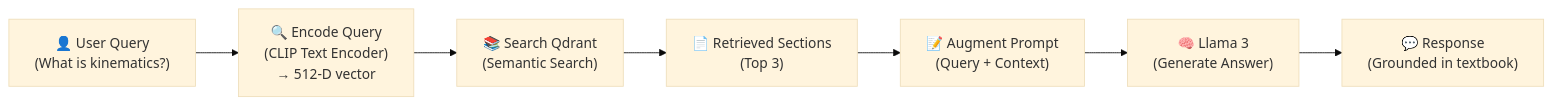
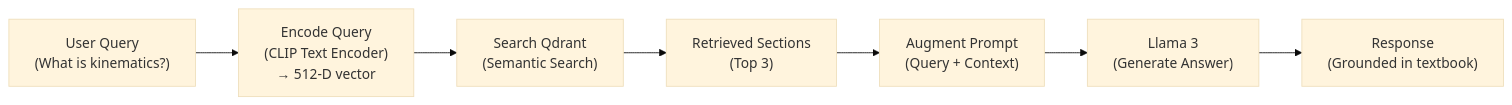
One commit to Danishhshahid/Physical-AI-Humanoid-Robotics-Book changed the diagram in docs/appendices/appendix-a.mdx. Above: the diagram before and after it, drawn with Mermaid (base theme). The commit also changed other lines of this file and 45 other files, not shown here.

````diff
--- a/docs/appendices/appendix-a.mdx
+++ b/docs/appendices/appendix-a.mdx
@@ -24,17 +24,17 @@
 ```mermaid
 graph LR
-    User["👤 User Query<br/>(What is kinematics?)"]
-    Encode["🔍 Encode Query<br/>(CLIP Text Encoder)<br/>→ 512-D vector"]
-    Search["📚 Search Qdrant<br/>(Semantic Search)"]
-    Retrieve["📄 Retrieved Sections<br/>(Top 3)"]
-    Prompt["📝 Augment Prompt<br/>(Query + Context)"]
-    LLM["🧠 Llama 3<br/>(Generate Answer)"]
-    Response["💬 Response<br/>(Grounded in textbook)"]
+    User[" User Query<br/>(What is kinematics?)"]
+    Encode[" Encode Query<br/>(CLIP Text Encoder)<br/>→ 512-D vector"]
+    Search[" Search Qdrant<br/>(Semantic Search)"]
+    Retrieve[" Retrieved Sections<br/>(Top 3)"]
+    Prompt[" Augment Prompt<br/>(Query + Context)"]
+    LLM[" Llama 3<br/>(Generate Answer)"]
+    Response[" Response<br/>(Grounded in textbook)"]
 
     User --> Encode
     Encode --> Search
     Search --> Retrieve
     Retrieve --> Prompt
     Prompt --> LLM
     LLM --> Response
 ```
````
